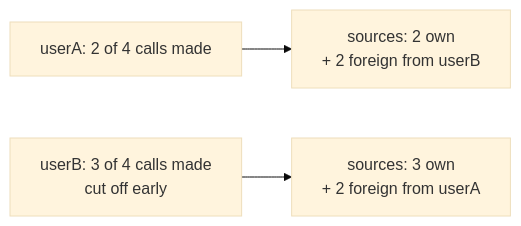
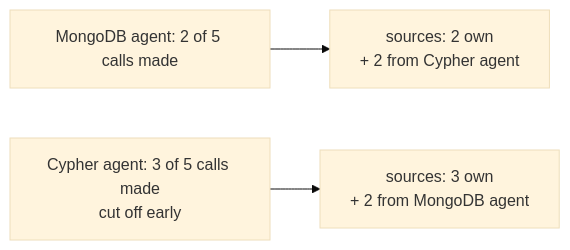
One commit to cpumarfrohberg/first_try_landed changed the first of 2 diagrams in docs/blog/posts/contextvars.md. Above: the diagram before and after it, drawn with Mermaid (base theme). The commit also changed other lines of this file, not shown here.

````diff
--- a/docs/blog/posts/contextvars.md
+++ b/docs/blog/posts/contextvars.md
@@ -51,5 +66,5 @@
 ```mermaid
 flowchart LR
-    A[userA: 2 of 4 calls made] --> B[sources: 2 own\n+ 2 foreign from userB]
-    C[userB: 3 of 4 calls made\ncut off early] --> D[sources: 3 own\n+ 2 foreign from userA]
+    A[MongoDB agent: 2 of 5 calls made] --> B[sources: 2 own\n+ 2 from Cypher agent]
+    C[Cypher agent: 3 of 5 calls made\ncut off early] --> D[sources: 3 own\n+ 2 from MongoDB agent]
 ```
````
